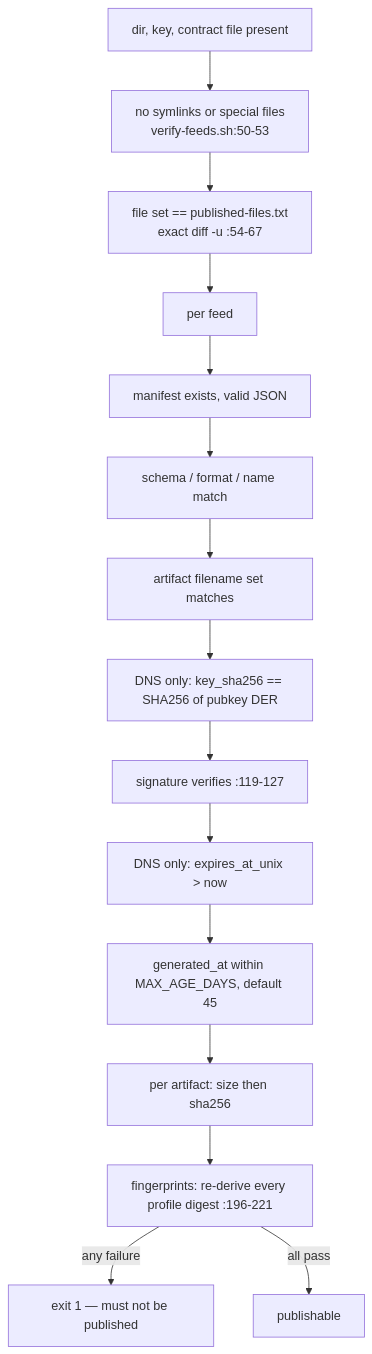
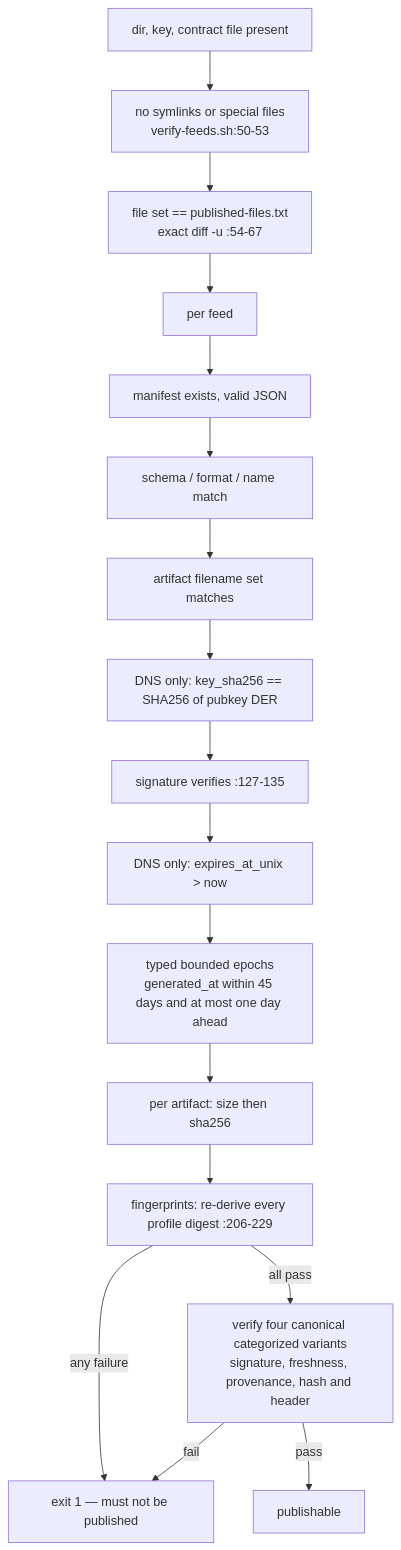
Before and after one commit to foxhole-team/foxhole-core: the fifth of 6 diagrams in docs/architecture/05-data-repository.md, drawn with Mermaid. The commit also changed other lines of this file and 1788 other files, not shown here.

````diff
--- a/docs/architecture/05-data-repository.md
+++ b/docs/architecture/05-data-repository.md
@@ -123,18 +134,20 @@
 ```mermaid
 flowchart TD
     P0["dir, key, contract file present"] --> P1["no symlinks or special files<br/>verify-feeds.sh:50-53"]
     P1 --> P2["file set == published-files.txt<br/>exact diff -u :54-67"]
     P2 --> F["per feed"]
 
     F --> C1["manifest exists, valid JSON"]
     C1 --> C2["schema / format / name match"]
     C2 --> C3["artifact filename set matches"]
     C3 --> C4["DNS only: key_sha256 == SHA256 of pubkey DER"]
-    C4 --> C5["signature verifies :119-127"]
+    C4 --> C5["signature verifies :127-135"]
     C5 --> C6["DNS only: expires_at_unix > now"]
-    C6 --> C7["generated_at within MAX_AGE_DAYS, default 45"]
+    C6 --> C7["typed bounded epochs<br/>generated_at within 45 days and at most one day ahead"]
     C7 --> C8["per artifact: size then sha256"]
-    C8 --> G["fingerprints: re-derive every profile digest :196-221"]
+    C8 --> G["fingerprints: re-derive every profile digest :206-229"]
     G -->|any failure| STOP["exit 1 — must not be published"]
-    G -->|all pass| OK["publishable"]
+    G -->|all pass| CAT["verify four canonical categorized variants<br/>signature, freshness, provenance, hash and header"]
+    CAT -->|pass| OK["publishable"]
+    CAT -->|fail| STOP
 ```
````
